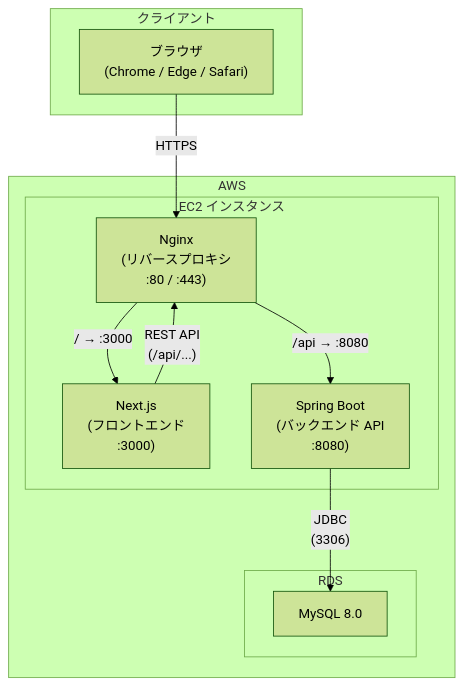
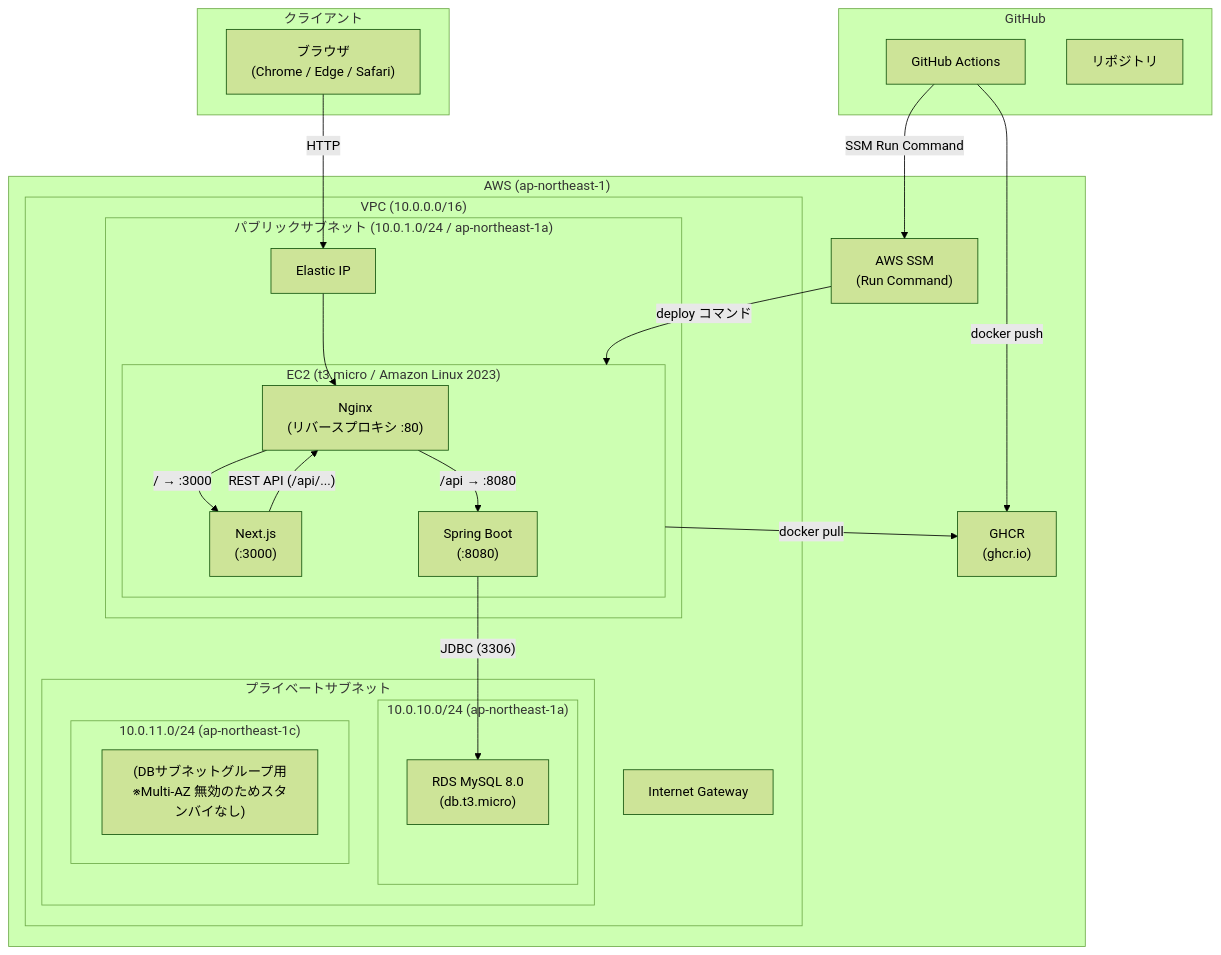
One commit to yuhihamada0703/inquiry-management changed the first of 3 diagrams in docs/architecture.md. Above: the diagram before and after it, drawn with Mermaid (forest theme). The commit also changed other lines of this file and 4 other files, not shown here.

````diff
--- a/docs/architecture.md
+++ b/docs/architecture.md
@@ -5,24 +5,50 @@
 ```mermaid
 graph TB
     subgraph Client["クライアント"]
         Browser["ブラウザ\n(Chrome / Edge / Safari)"]
     end
 
-    subgraph AWS["AWS"]
-        subgraph EC2["EC2 インスタンス"]
-            Nginx["Nginx\n(リバースプロキシ\n:80 / :443)"]
-            Frontend["Next.js\n(フロントエンド\n:3000)"]
-            Backend["Spring Boot\n(バックエンド API\n:8080)"]
+    subgraph AWS["AWS (ap-northeast-1)"]
+        subgraph VPC["VPC (10.0.0.0/16)"]
+            IGW["Internet Gateway"]
+
+            subgraph PublicSubnet["パブリックサブネット (10.0.1.0/24 / ap-northeast-1a)"]
+                EIP["Elastic IP"]
+                subgraph EC2["EC2 (t3.micro / Amazon Linux 2023)"]
+                    Nginx["Nginx\n(リバースプロキシ :80)"]
+                    Frontend["Next.js\n(:3000)"]
+                    Backend["Spring Boot\n(:8080)"]
+                end
+            end
+
+            subgraph PrivateSubnets["プライベートサブネット"]
+                subgraph PS1["10.0.10.0/24 (ap-northeast-1a)"]
+                    RDS["RDS MySQL 8.0\n(db.t3.micro)"]
+                end
+                subgraph PS2["10.0.11.0/24 (ap-northeast-1c)"]
+                    RDS2["(DBサブネットグループ用\n※Multi-AZ 無効のためスタンバイなし)"]
+                end
+            end
         end
 
-        subgraph RDS["RDS"]
-            MySQL["MySQL 8.0"]
-        end
+        SSM["AWS SSM\n(Run Command)"]
+        GHCR["GHCR\n(ghcr.io)"]
     end
 
-    Browser -->|"HTTPS"| Nginx
+    subgraph GitHub["GitHub"]
+        GHA["GitHub Actions"]
+        Repo["リポジトリ"]
+    end
+
+    Browser -->|"HTTP"| EIP
+    EIP --> Nginx
     Nginx -->|"/ → :3000"| Frontend
     Nginx -->|"/api → :8080"| Backend
-    Backend -->|"JDBC\n(3306)"| MySQL
-    Frontend -->|"REST API\n(/api/...)"| Nginx
+    Backend -->|"JDBC (3306)"| RDS
+    Frontend -->|"REST API (/api/...)"| Nginx
+
+    GHA -->|"SSM Run Command"| SSM
+    SSM -->|"deploy コマンド"| EC2
+    GHA -->|"docker push"| GHCR
+    EC2 -->|"docker pull"| GHCR
 ```
````
